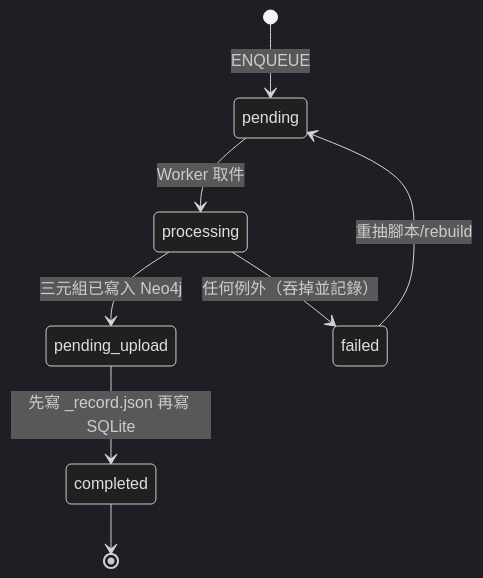
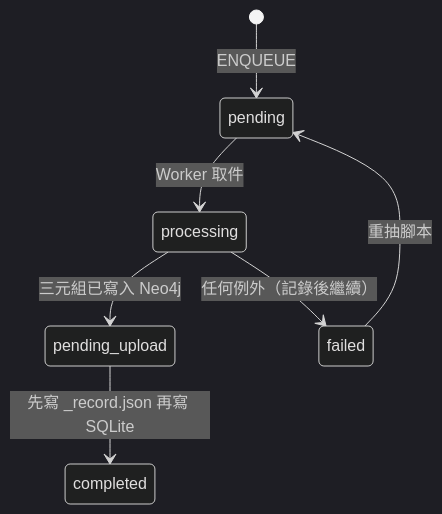
One commit to Chester930/world-knowledge-graph-rag changed the fifth of 13 diagrams in docs/報告/95_專案節點流程總覽與設計說明.md. Above: the diagram before and after it, drawn with Mermaid (dark theme). The commit also changed other lines of this file and 1 other file, not shown here.

````diff
--- a/docs/報告/95_專案節點流程總覽與設計說明.md
+++ b/docs/報告/95_專案節點流程總覽與設計說明.md
@@ -235,10 +201,9 @@
 ```mermaid
 stateDiagram-v2
     [*] --> pending: ENQUEUE
     pending --> processing: Worker 取件
     processing --> pending_upload: 三元組已寫入 Neo4j
     pending_upload --> completed: 先寫 _record.json 再寫 SQLite
-    processing --> failed: 任何例外（吞掉並記錄）
-    failed --> pending: 重抽腳本/rebuild
-    completed --> [*]
+    processing --> failed: 任何例外（記錄後繼續）
+    failed --> pending: 重抽腳本
 ```
````
